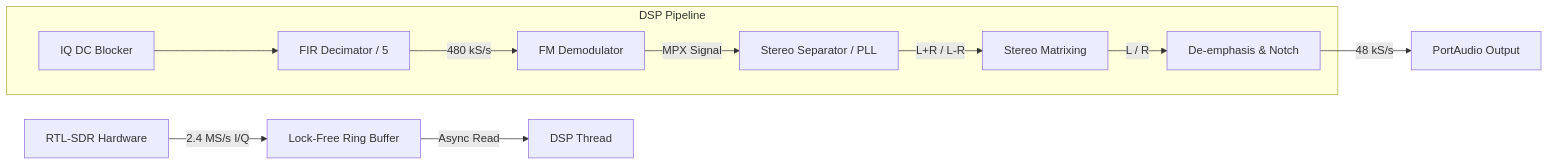
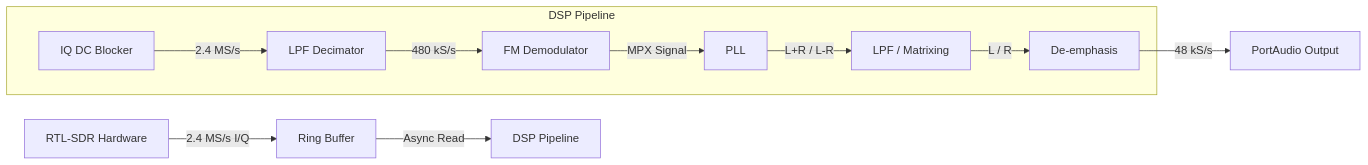
Before and after one commit to st544/rtlsdr_fm_radio: the diagram in README.md, drawn with Mermaid. The commit also changed other lines of this file and 3 other files, not shown here.

````diff
--- a/README.md
+++ b/README.md
@@ -27,15 +27,15 @@
 ```mermaid
 graph LR
-    RTL[RTL-SDR Hardware] -->|2.4 MS/s I/Q| RingBuf[Lock-Free Ring Buffer]
-    RingBuf -->|Async Read| DSP[DSP Thread]
+    RTL[RTL-SDR Hardware] -->|2.4 MS/s I/Q| RingBuf[Ring Buffer]
+    RingBuf -->|Async Read| DSP[DSP Pipeline]
     
     subgraph DSP Pipeline
-        DC[IQ DC Blocker] --> LPF1[FIR Decimator / 5]
+        DC[IQ DC Blocker] --> |2.4 MS/s| LPF1[LPF Decimator]
         LPF1 -->|480 kS/s| Demod[FM Demodulator]
-        Demod -->|MPX Signal| Stereo[Stereo Separator / PLL]
-        Stereo -->|L+R / L-R| Matrix[Stereo Matrixing]
-        Matrix -->|L / R| Deemph[De-emphasis & Notch]
+        Demod -->|MPX Signal| Stereo[PLL]
+        Stereo -->|L+R / L-R| Matrix[LPF / Matrixing]
+        Matrix -->|L / R| Deemph[De-emphasis]
     end
     
     Deemph -->|48 kS/s| AudioOut[PortAudio Output]
 ```
````
